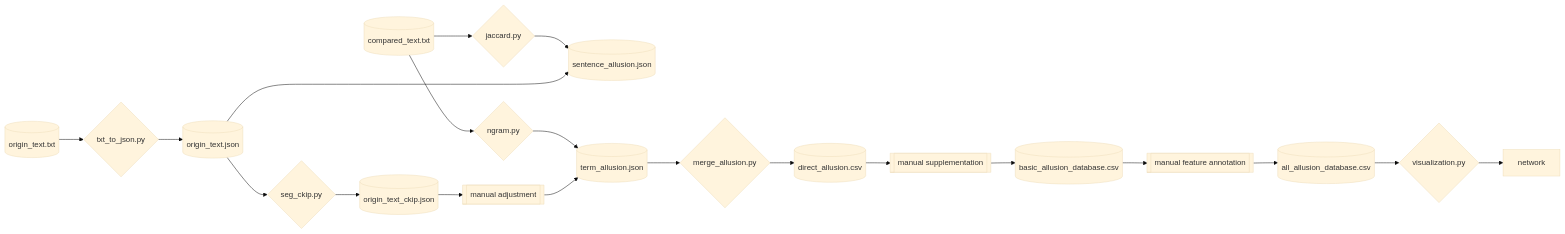
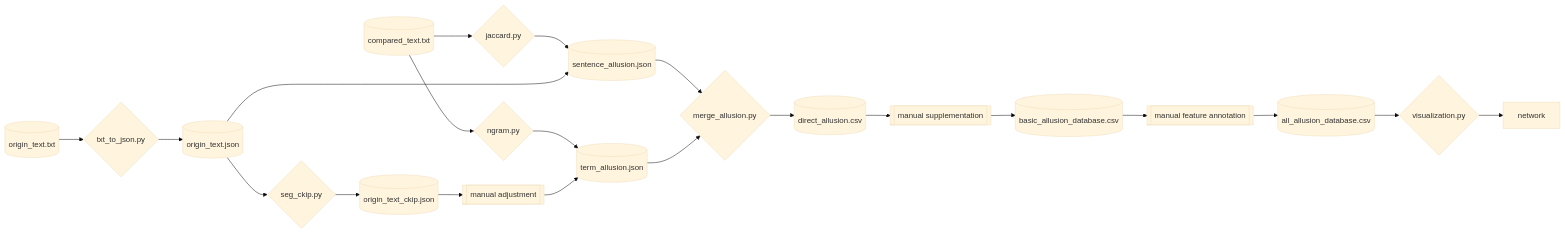
The diagram in README.md (Taoyi-Chiang/lufu_allusion), drawn with Mermaid (base theme) before and after one commit.

Commit message:
Update README.md
fix the bug.

````diff
--- a/README.md
+++ b/README.md
@@ -3,44 +3,45 @@
 ```mermaid
 graph LR
     %% 1. 定義各個節點
     A1[(origin_text.txt)]
     A2[(compared_text.txt)]
     B1[(origin_text.json)]
     B2[(origin_text_ckip.json)]
     C1[(sentence_allusion.json)]
     C2[(term_allusion.json)]
     D1[(direct_allusion.csv)]
     E1[(basic_allusion_database.csv)]
     E2[(all_allusion_database.csv)]
     F1[network]
     G1{txt_to_json.py}
     G2{seg_ckip.py}
     H1{jaccard.py}
     H2{ngram.py}
     I1{merge_allusion.py}
     J1[[manual adjustment]]
     J2[[manual supplementation]]
     J3[[manual feature annotation]]
     K1{visualization.py}
 
     %% 2. 定義接點方向
     A1-->G1
     G1-->B1
     B1-->G2
     G2-->B2
     A2-->H1
     H1-->C1
     B1-->C1
     A2-->H2
     H2-->C2
     B2-->J1
     J1-->C2
+    C1-->I1
     C2-->I1
     I1-->D1
     D1-->J2
     J2-->E1
     E1-->J3
     J3-->E2
     E2-->K1
     K1-->F1
 ```
````
